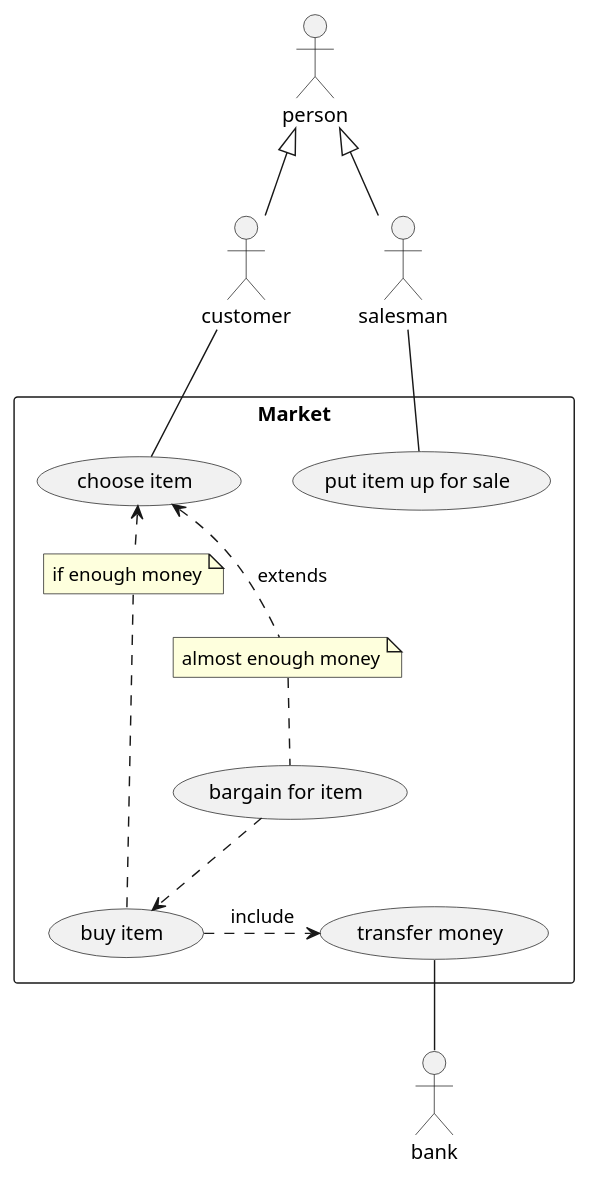
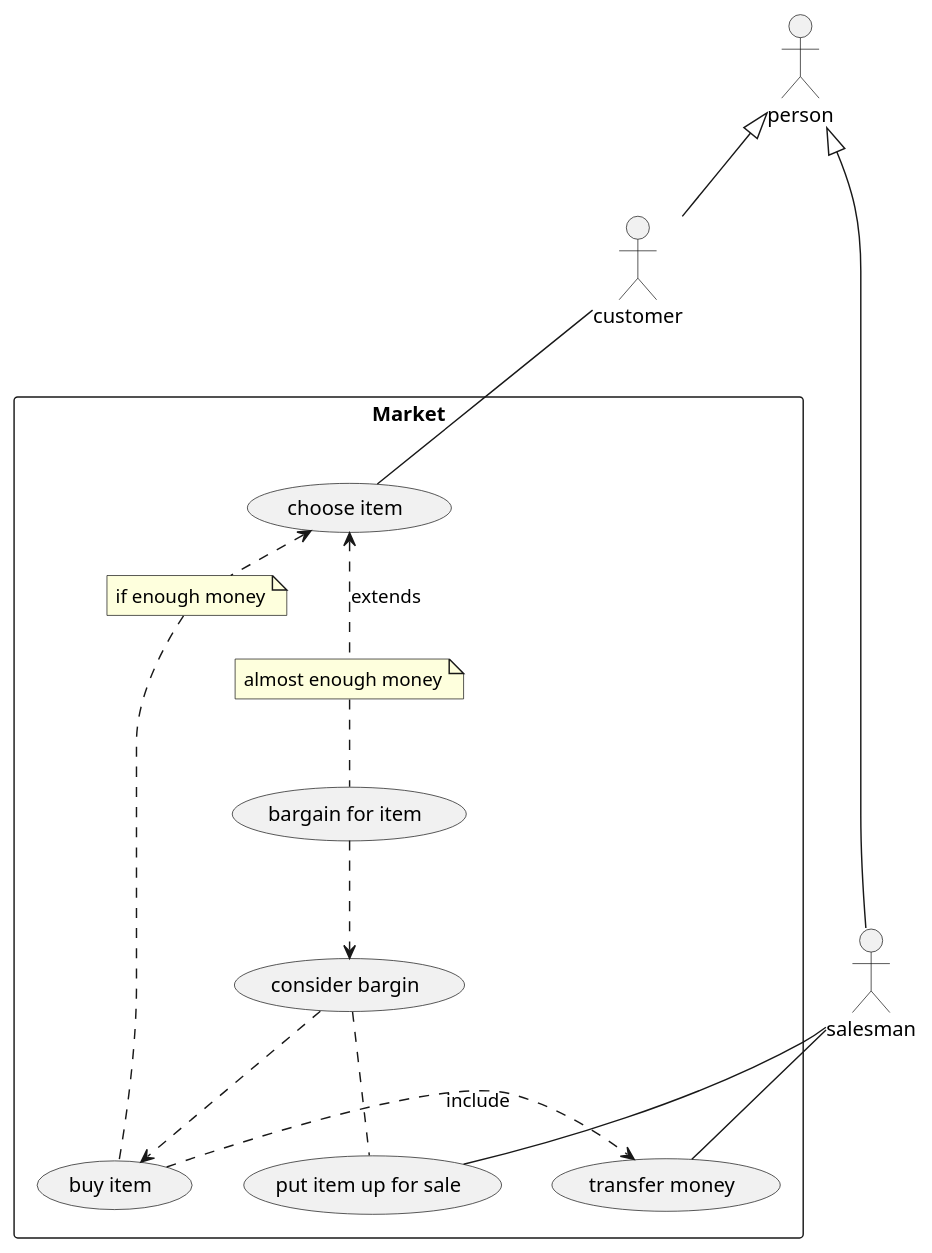
One commit to olaven/exam-PG3300 changed the diagram in diagrams/usecase/usecase.puml. Above: the diagram before and after it, drawn with PlantUML. The commit also changed 1 other file, not shown here.

Commit message:
La til bargin og settet bank

```diff
--- a/diagrams/usecase/usecase.puml
+++ b/diagrams/usecase/usecase.puml
@@ -1,45 +1,46 @@
 @startuml Market
 
 actor person
 
 actor customer
 actor salesman 
-actor bank
 
 person <|-- customer
 person <|-- salesman
 
 rectangle "Market" {
 
     (buy item) 
     (bargain for item)
     (put item up for sale)
     (transfer money)
     (choose item)
+    (consider bargin)
+    (transfer money)
 
     note "if enough money" as buyNote
     note "almost enough money" as bargainNote
     :customer: -- (choose item) 
     :salesman: -- (put item up for sale)
+    :salesman: -- (transfer money)
     
     buyNote .. (buy item)
     (choose item) <. buyNote : extends
 
     bargainNote .. (bargain for item) 
     (choose item) <.. bargainNote : extends
 
-    (bargain for item) ..> (buy item)
-
+    (bargain for item) ..> (consider bargin)
+    (consider bargin) ..> (buy item)
+    (consider bargin) .. (put item up for sale)
 
 
 
     (buy item) .> (transfer money) : include 
-
-    (transfer money) -- bank
     
 
 
 
 }
 
 @enduml
```
